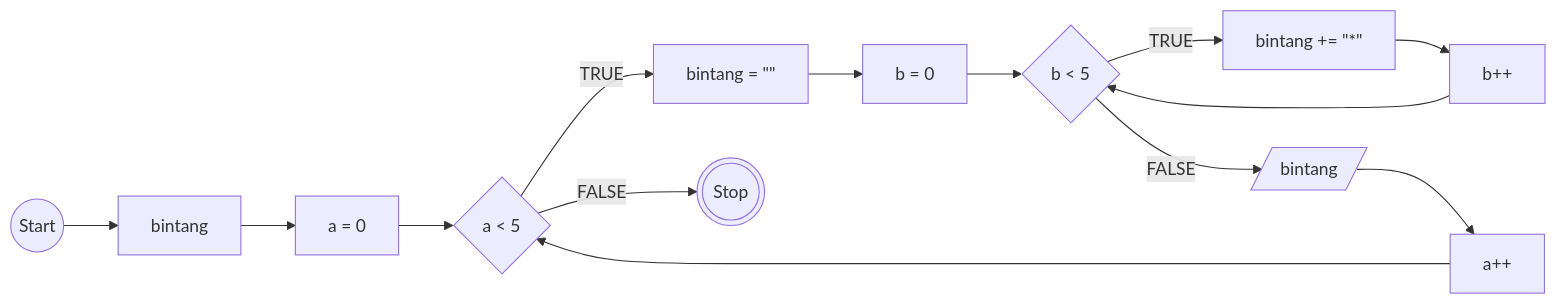
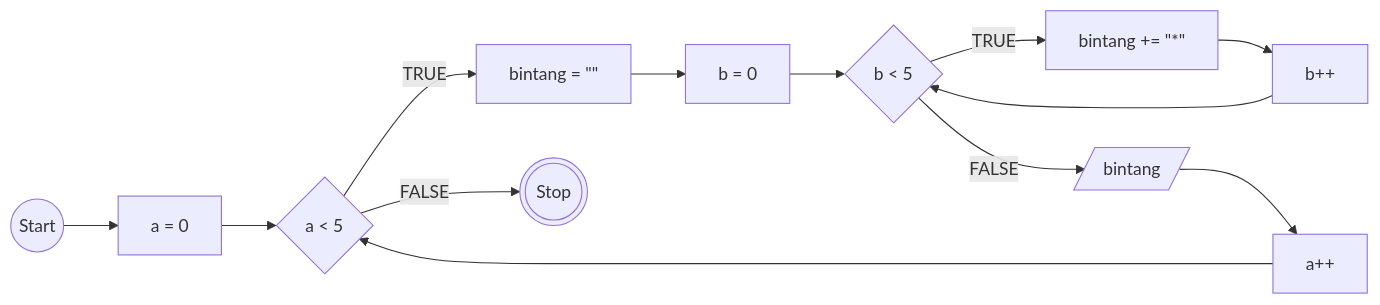
One commit to ktsrqsdev/koda-b10-javascript3 changed the first of 2 diagrams in README.md. Above: the diagram before and after it, drawn with Mermaid. The commit also changed other lines of this file, not shown here.

````diff
--- a/README.md
+++ b/README.md
@@ -1,31 +1,29 @@
 ```mermaid
     flowchart LR
     A@{ shape: circle, label: "Start" }
-    B@{ shape: rect, label: "bintang" }
 
     C@{ shape: rect, label: "a = 0" }
     D@{ shape: diamond, label: "a < 5" }
     E@{ shape: rect, label: "bintang = #quot;#quot;" }
 
     F@{ shape: rect, label: "b = 0" }
     G@{ shape: diamond, label: "b < 5" }
     H@{ shape: rect, label: "bintang += #quot;*#quot;" }
     I@{ shape: rect, label: "b++" }
     J@{ shape: rect, label: "a++" }
     K@{ shape: lean-r, label: "bintang" }
     L@{ shape: dbl-circ, label: "Stop" }
 
-    A --> B
-    B --> C
+    A --> C
     C --> D
     D --TRUE--> E
     E --> F
     F --> G
     G --TRUE--> H
     H --> I
     I --> G
     G --FALSE--> K
     K --> J
     J --> D
     D --FALSE--> L
 ```
````
